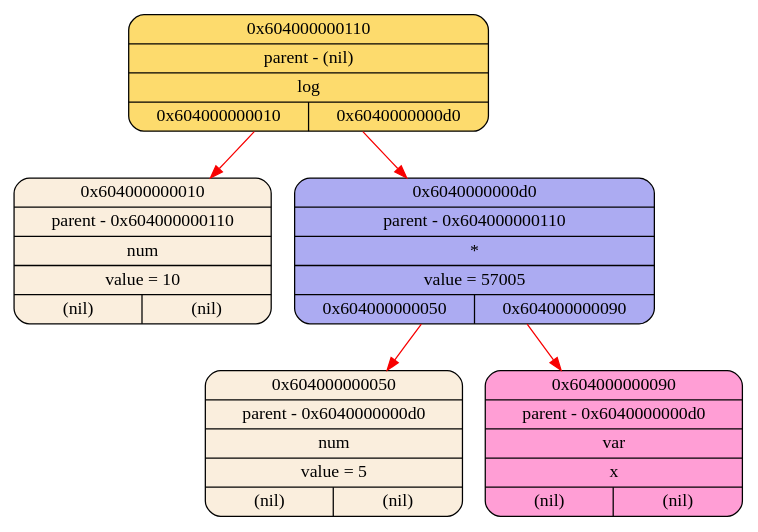
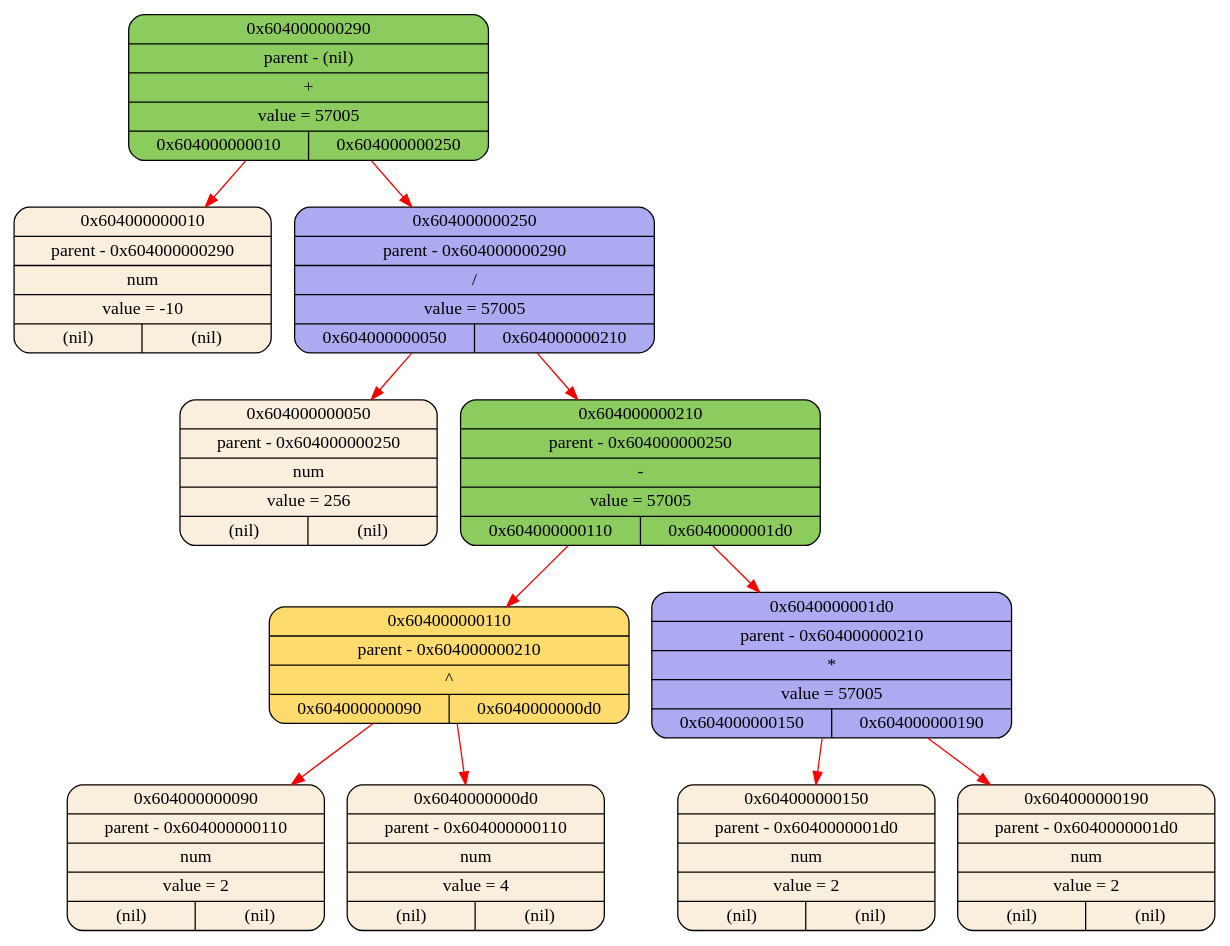
One commit to 2APetrin/differentiator changed the diagram in logs/log_graphviz.dot. Above: the diagram before and after it, drawn with Graphviz. The commit also changed 14 other files, not shown here.

```diff
--- a/logs/log_graphviz.dot
+++ b/logs/log_graphviz.dot
@@ -1,12 +1,24 @@
 digraph
 {
-    node_0x604000000010[shape = Mrecord, label = "{{0x604000000010} | {parent - 0x604000000110} | {num} | {value = 10} | {(nil)|(nil)}}", style = "filled", fillcolor = "#FAEEDD"];
-    node_0x604000000050[shape = Mrecord, label = "{{0x604000000050} | {parent - 0x6040000000d0} | {num} | {value = 5} | {(nil)|(nil)}}", style = "filled", fillcolor = "#FAEEDD"];
-    node_0x604000000090[shape = Mrecord, label = "{{0x604000000090} | {parent - 0x6040000000d0} | {var} | {x} | {(nil)|(nil)}}", style = "filled", fillcolor = "#FF9ED5"];
-    node_0x6040000000d0[shape = Mrecord, label = "{{0x6040000000d0} | {parent - 0x604000000110} | {*} | {value = 57005} | {0x604000000050|0x604000000090}}", style = "filled", fillcolor = "#ACABF2"];
-    node_0x604000000110[shape = Mrecord, label = "{{0x604000000110} | {parent - (nil)} | {log} | {0x604000000010|0x6040000000d0}}", style = "filled", fillcolor = "#FDDB6D"];
-    node_0x604000000110->node_0x604000000010 [color = "#F80000"];
+    node_0x604000000010[shape = Mrecord, label = "{{0x604000000010} | {parent - 0x604000000290} | {num} | {value = -10} | {(nil)|(nil)}}", style = "filled", fillcolor = "#FAEEDD"];
+    node_0x604000000050[shape = Mrecord, label = "{{0x604000000050} | {parent - 0x604000000250} | {num} | {value = 256} | {(nil)|(nil)}}", style = "filled", fillcolor = "#FAEEDD"];
+    node_0x604000000090[shape = Mrecord, label = "{{0x604000000090} | {parent - 0x604000000110} | {num} | {value = 2} | {(nil)|(nil)}}", style = "filled", fillcolor = "#FAEEDD"];
+    node_0x6040000000d0[shape = Mrecord, label = "{{0x6040000000d0} | {parent - 0x604000000110} | {num} | {value = 4} | {(nil)|(nil)}}", style = "filled", fillcolor = "#FAEEDD"];
+    node_0x604000000110[shape = Mrecord, label = "{{0x604000000110} | {parent - 0x604000000210} | {^} | {0x604000000090|0x6040000000d0}}", style = "filled", fillcolor = "#FDDB6D"];
+    node_0x604000000150[shape = Mrecord, label = "{{0x604000000150} | {parent - 0x6040000001d0} | {num} | {value = 2} | {(nil)|(nil)}}", style = "filled", fillcolor = "#FAEEDD"];
+    node_0x604000000190[shape = Mrecord, label = "{{0x604000000190} | {parent - 0x6040000001d0} | {num} | {value = 2} | {(nil)|(nil)}}", style = "filled", fillcolor = "#FAEEDD"];
+    node_0x6040000001d0[shape = Mrecord, label = "{{0x6040000001d0} | {parent - 0x604000000210} | {*} | {value = 57005} | {0x604000000150|0x604000000190}}", style = "filled", fillcolor = "#ACABF2"];
+    node_0x604000000210[shape = Mrecord, label = "{{0x604000000210} | {parent - 0x604000000250} | {-} | {value = 57005} | {0x604000000110|0x6040000001d0}}", style = "filled", fillcolor = "#8CCB5E"];
+    node_0x604000000250[shape = Mrecord, label = "{{0x604000000250} | {parent - 0x604000000290} | {/} | {value = 57005} | {0x604000000050|0x604000000210}}", style = "filled", fillcolor = "#ACABF2"];
+    node_0x604000000290[shape = Mrecord, label = "{{0x604000000290} | {parent - (nil)} | {+} | {value = 57005} | {0x604000000010|0x604000000250}}", style = "filled", fillcolor = "#8CCB5E"];
+    node_0x604000000290->node_0x604000000010 [color = "#F80000"];
+    node_0x604000000290->node_0x604000000250 [color = "#F80000"];
+    node_0x604000000250->node_0x604000000050 [color = "#F80000"];
+    node_0x604000000250->node_0x604000000210 [color = "#F80000"];
+    node_0x604000000210->node_0x604000000110 [color = "#F80000"];
+    node_0x604000000110->node_0x604000000090 [color = "#F80000"];
     node_0x604000000110->node_0x6040000000d0 [color = "#F80000"];
-    node_0x6040000000d0->node_0x604000000050 [color = "#F80000"];
-    node_0x6040000000d0->node_0x604000000090 [color = "#F80000"];
+    node_0x604000000210->node_0x6040000001d0 [color = "#F80000"];
+    node_0x6040000001d0->node_0x604000000150 [color = "#F80000"];
+    node_0x6040000001d0->node_0x604000000190 [color = "#F80000"];
 }
```
